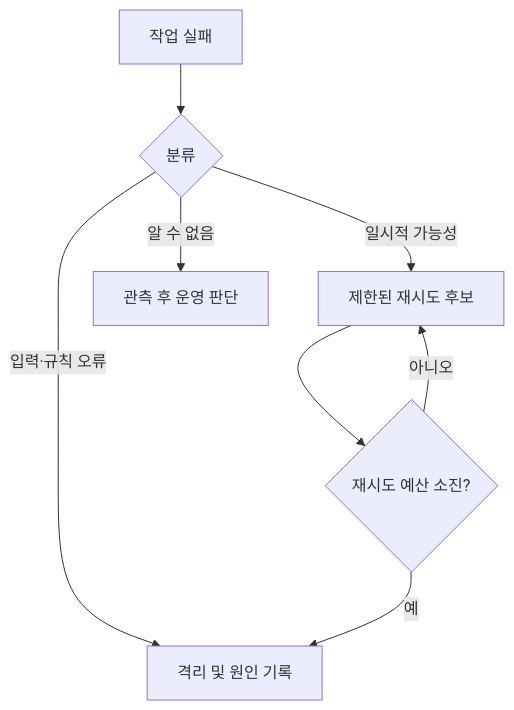
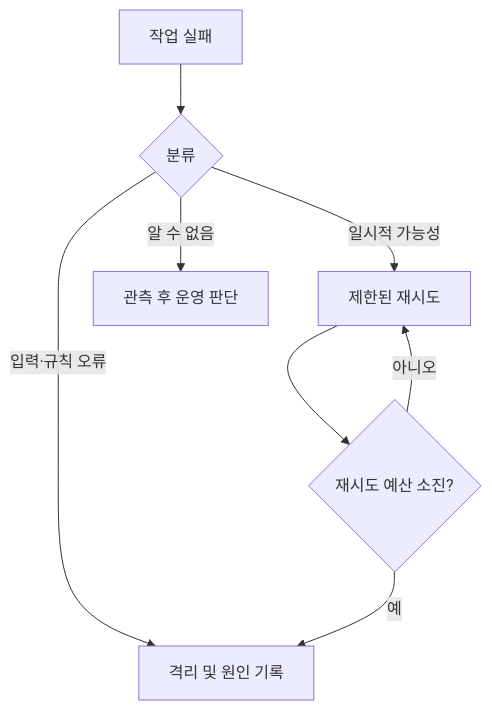
Before and after one commit to jiwon11/jiwon11.github.io: the ninth of 10 diagrams in _posts/2026-06-29-ai-conversation-post-processing-pipeline.md, drawn with Mermaid. The commit also changed other lines of this file and 6 other files, not shown here.

```diff
--- a/_posts/2026-06-29-ai-conversation-post-processing-pipeline.md
+++ b/_posts/2026-06-29-ai-conversation-post-processing-pipeline.md
@@ -328,10 +328,10 @@
 ~~~mermaid
 flowchart TD
     F["작업 실패"] --> C{"분류"}
-    C -->|"일시적 가능성"| R["제한된 재시도 후보"]
+    C -->|"일시적 가능성"| R["제한된 재시도"]
     C -->|"입력·규칙 오류"| Q["격리 및 원인 기록"]
     C -->|"알 수 없음"| O["관측 후 운영 판단"]
     R --> D{"재시도 예산 소진?"}
     D -->|"아니오"| R
     D -->|"예"| Q
 ~~~
```
